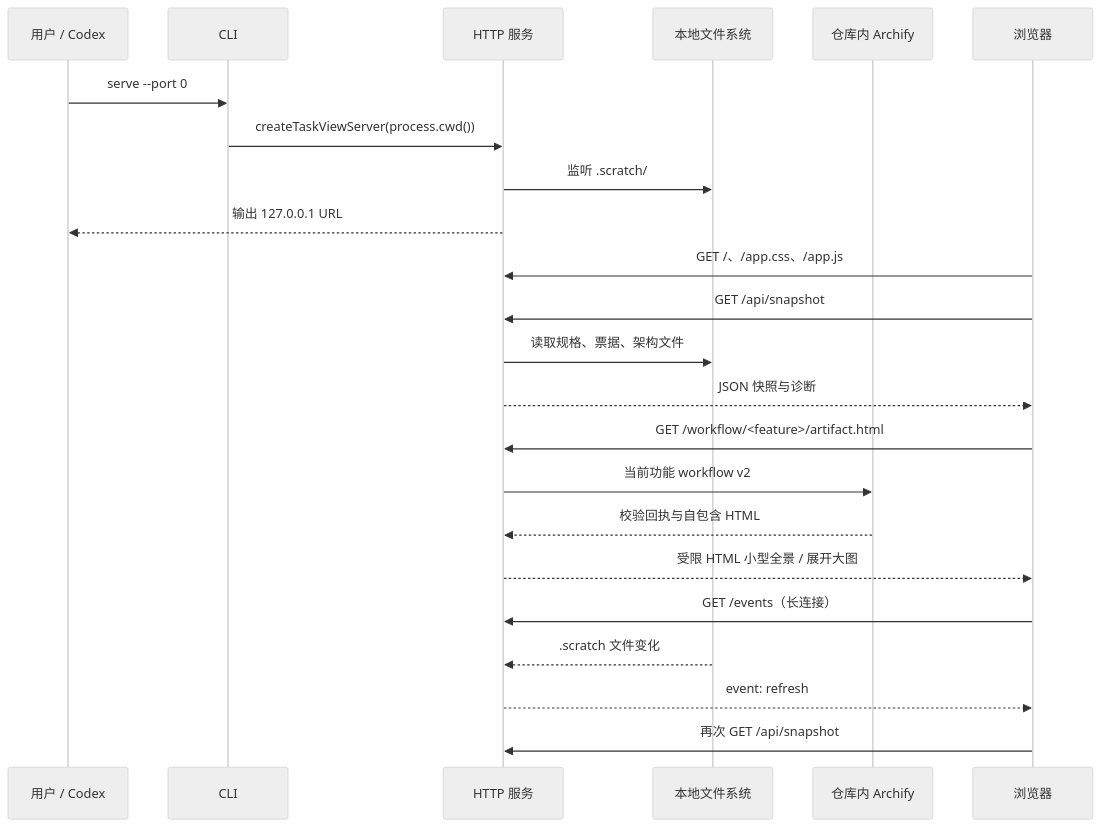
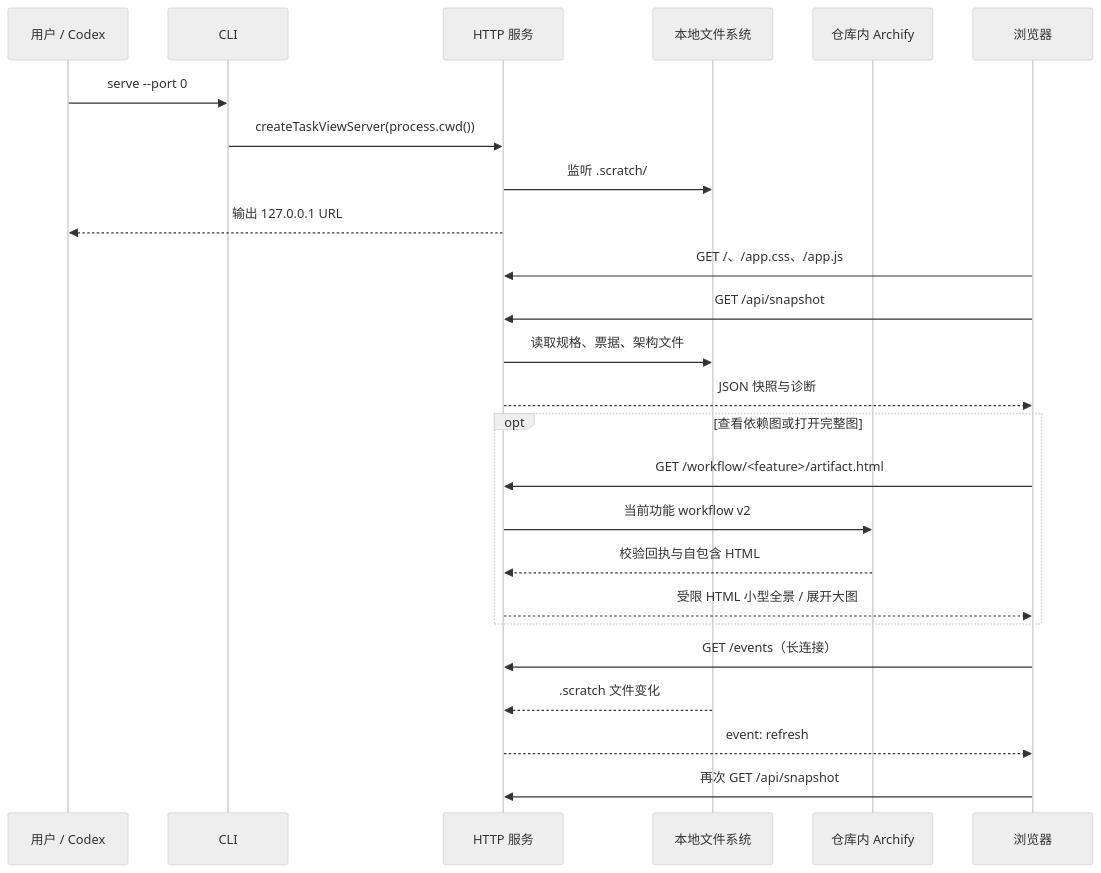
Before and after one commit to Zziy-Q/matt-task-view: the diagram in docs/认证与请求流程.md, drawn with Mermaid (neutral theme). The commit also changed other lines of this file and 13 other files, not shown here.

First line of the commit message:
启用 SDD 工作台并保留 Archify 依赖图

````diff
--- a/docs/认证与请求流程.md
+++ b/docs/认证与请求流程.md
@@ -20,25 +20,27 @@
 ```mermaid
 sequenceDiagram
     participant U as 用户 / Codex
     participant C as CLI
     participant S as HTTP 服务
     participant F as 本地文件系统
     participant A as 仓库内 Archify
     participant B as 浏览器
     U->>C: serve --port 0
     C->>S: createTaskViewServer(process.cwd())
     S->>F: 监听 .scratch/
     S-->>U: 输出 127.0.0.1 URL
     B->>S: GET /、/app.css、/app.js
     B->>S: GET /api/snapshot
     S->>F: 读取规格、票据、架构文件
     S-->>B: JSON 快照与诊断
-    B->>S: GET /workflow/<feature>/artifact.html
-    S->>A: 当前功能 workflow v2
-    A-->>S: 校验回执与自包含 HTML
-    S-->>B: 受限 HTML 小型全景 / 展开大图
+    opt 查看依赖图或打开完整图
+        B->>S: GET /workflow/<feature>/artifact.html
+        S->>A: 当前功能 workflow v2
+        A-->>S: 校验回执与自包含 HTML
+        S-->>B: 受限 HTML 小型全景 / 展开大图
+    end
     B->>S: GET /events（长连接）
     F-->>S: .scratch 文件变化
     S-->>B: event: refresh
     B->>S: 再次 GET /api/snapshot
 ```
````
